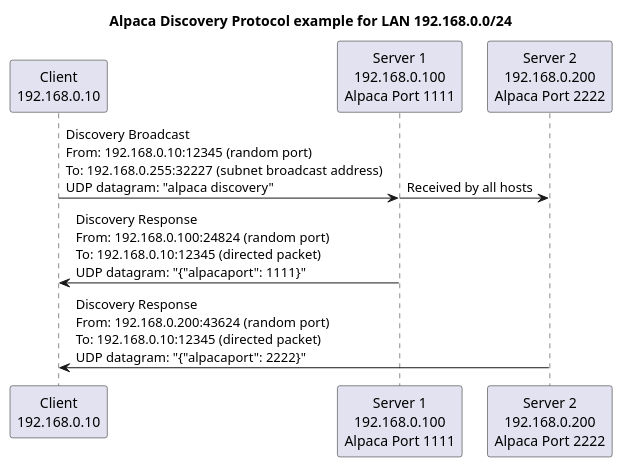
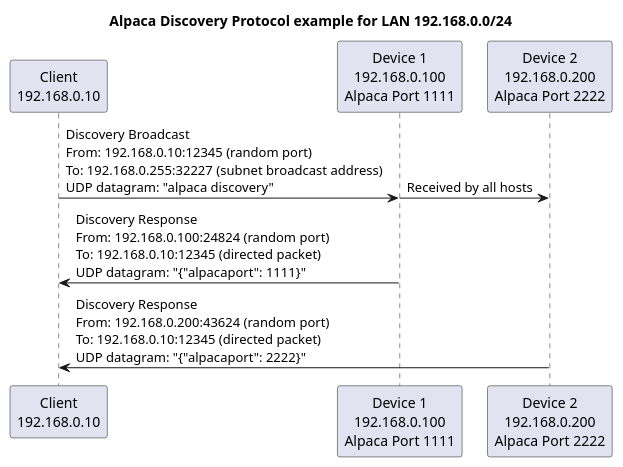
Before and after one commit to DanielVanNoord/AlpacaDiscoveryTests: the diagram in discovery.puml, drawn with PlantUML. The commit also changed 2 other files, not shown here.

```diff
--- a/discovery.puml
+++ b/discovery.puml
@@ -1,13 +1,13 @@
 @startuml
 !pragma teoz true
 title Alpaca Discovery Protocol example for LAN 192.168.0.0/24
 participant "Client\n192.168.0.10" as Client
-participant "Server 1\n192.168.0.100\nAlpaca Port 1111" as Server1
-participant "Server 2\n192.168.0.200\nAlpaca Port 2222" as Server2
+participant "Device 1\n192.168.0.100\nAlpaca Port 1111" as Device1
+participant "Device 2\n192.168.0.200\nAlpaca Port 2222" as Device2
 
-Client -> Server1 : Discovery Broadcast\nFrom: 192.168.0.10:12345 (random port)\nTo: 192.168.0.255:32227 (subnet broadcast address)\nUDP datagram: "alpaca discovery"
-& Server1 -> Server2 : Received by all hosts
+Client -> Device1 : Discovery Broadcast\nFrom: 192.168.0.10:12345 (random port)\nTo: 192.168.0.255:32227 (subnet broadcast address)\nUDP datagram: "alpaca discovery"
+& Device1 -> Device2 : Received by all hosts
 
-Server1 -> Client : Discovery Response\nFrom: 192.168.0.100:24824 (random port)\nTo: 192.168.0.10:12345 (directed packet)\nUDP datagram: "{"alpacaport": 1111}"
-Server2 -> Client : Discovery Response\nFrom: 192.168.0.200:43624 (random port)\nTo: 192.168.0.10:12345 (directed packet)\nUDP datagram: "{"alpacaport": 2222}"
+Device1 -> Client : Discovery Response\nFrom: 192.168.0.100:24824 (random port)\nTo: 192.168.0.10:12345 (directed packet)\nUDP datagram: "{"alpacaport": 1111}"
+Device2 -> Client : Discovery Response\nFrom: 192.168.0.200:43624 (random port)\nTo: 192.168.0.10:12345 (directed packet)\nUDP datagram: "{"alpacaport": 2222}"
 @enduml
```
